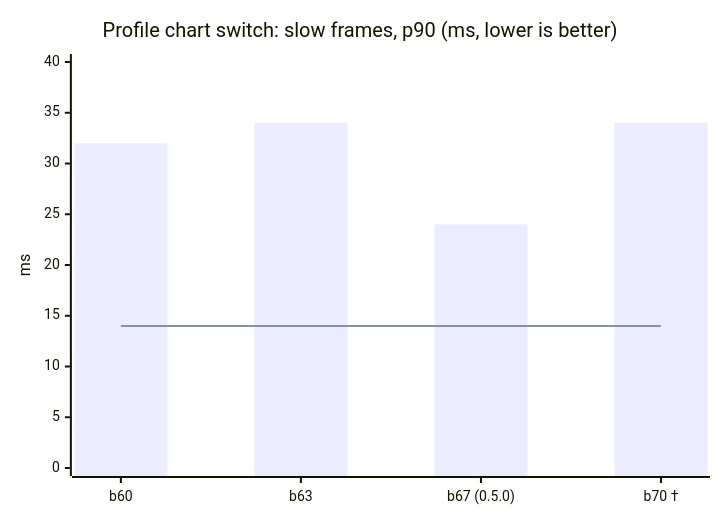
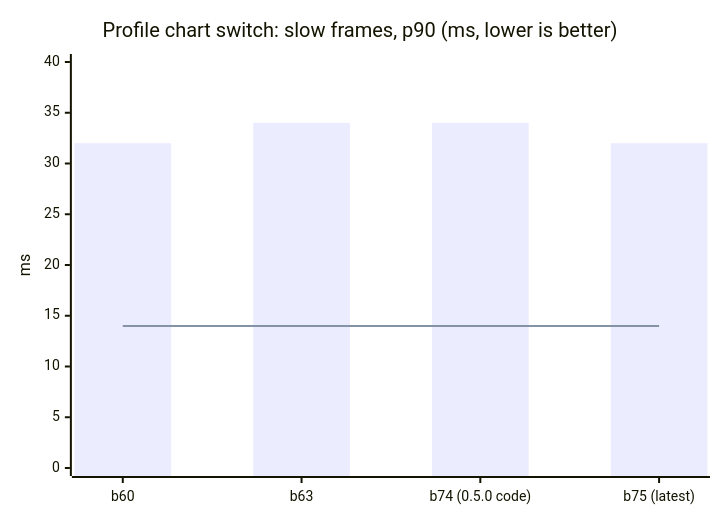
The third of 3 diagrams in performance/README.md (faiz03-glicth/teras-releases), drawn with Mermaid before and after one commit. The commit also changed other lines of this file and 3 other files, not shown here.

Commit message:
Performance page: the cool-phone test of 0.5.0's code against the latest, and a correction to the chart switch figure

````diff
--- a/performance/README.md
+++ b/performance/README.md
@@ -71,8 +69,8 @@
 ```mermaid
 xychart-beta
   title "Profile chart switch: slow frames, p90 (ms, lower is better)"
-  x-axis ["b60", "b63", "b67 (0.5.0)", "b70 †"]
+  x-axis ["b60", "b63", "b74 (0.5.0 code)", "b75 (latest)"]
   y-axis "ms" 0 --> 40
-  bar [32, 34, 24, 34]
+  bar [32, 34, 34, 32]
   line [14, 14, 14, 14]
 ```
````
